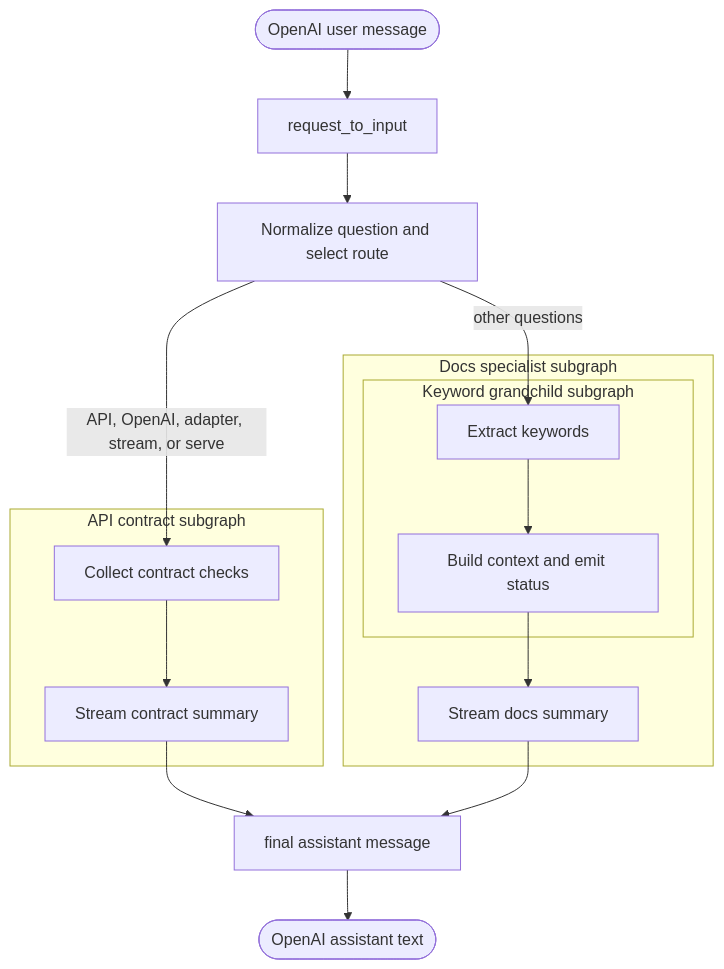
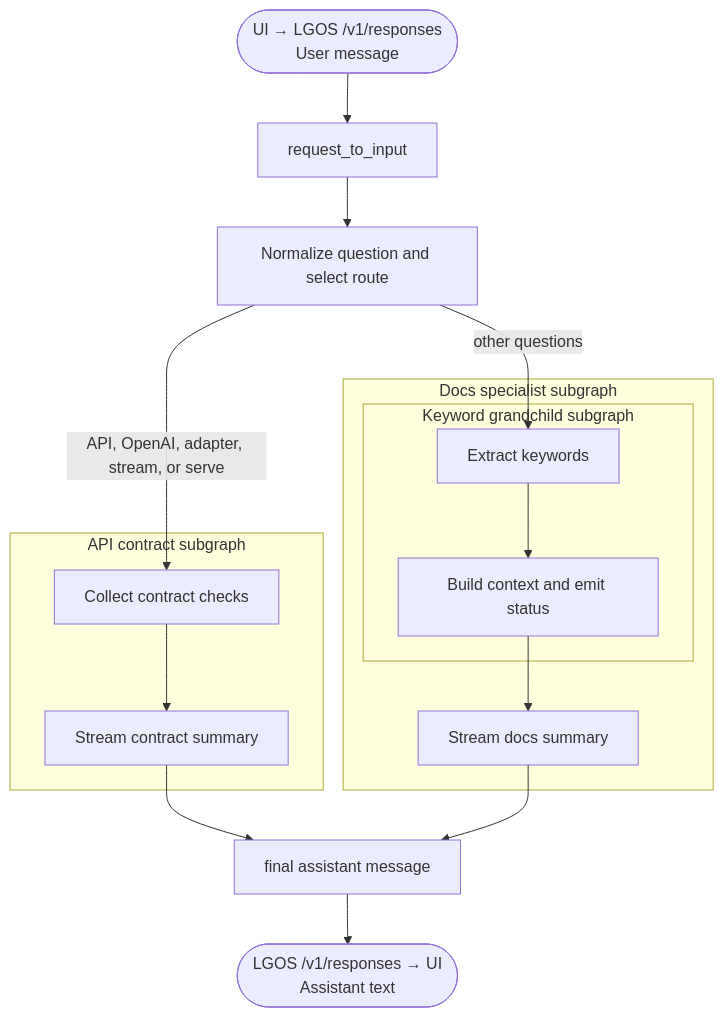
Before and after one commit to ilkersigirci/langgraph-openai-serve: the second of 2 diagrams in docs/demo/graphs/complex-subgraphs.md, drawn with Mermaid. The commit also changed 8 other files, not shown here.

Commit message:
docs: demo graphs order made the same

````diff
--- a/docs/demo/graphs/complex-subgraphs.md
+++ b/docs/demo/graphs/complex-subgraphs.md
@@ -33,22 +33,22 @@
 ```mermaid
 flowchart TD
-  request([OpenAI user message]) --> adapter["request_to_input"]
+  request(["UI → LGOS /v1/responses<br/>User message"]) --> adapter["request_to_input"]
   adapter --> route["Normalize question and select route"]
 
   subgraph api["API contract subgraph"]
     checks["Collect contract checks"] --> api_summary["Stream contract summary"]
   end
 
   subgraph docs["Docs specialist subgraph"]
     subgraph keywords["Keyword grandchild subgraph"]
       extract["Extract keywords"] --> prepare["Build context and emit status"]
     end
     prepare --> docs_summary["Stream docs summary"]
   end
 
   route -->|"API, OpenAI, adapter, stream, or serve"| checks
   route -->|"other questions"| extract
   api_summary --> output["final assistant message"]
   docs_summary --> output
-  output --> response([OpenAI assistant text])
+  output --> response(["LGOS /v1/responses → UI<br/>Assistant text"])
 ```
````
